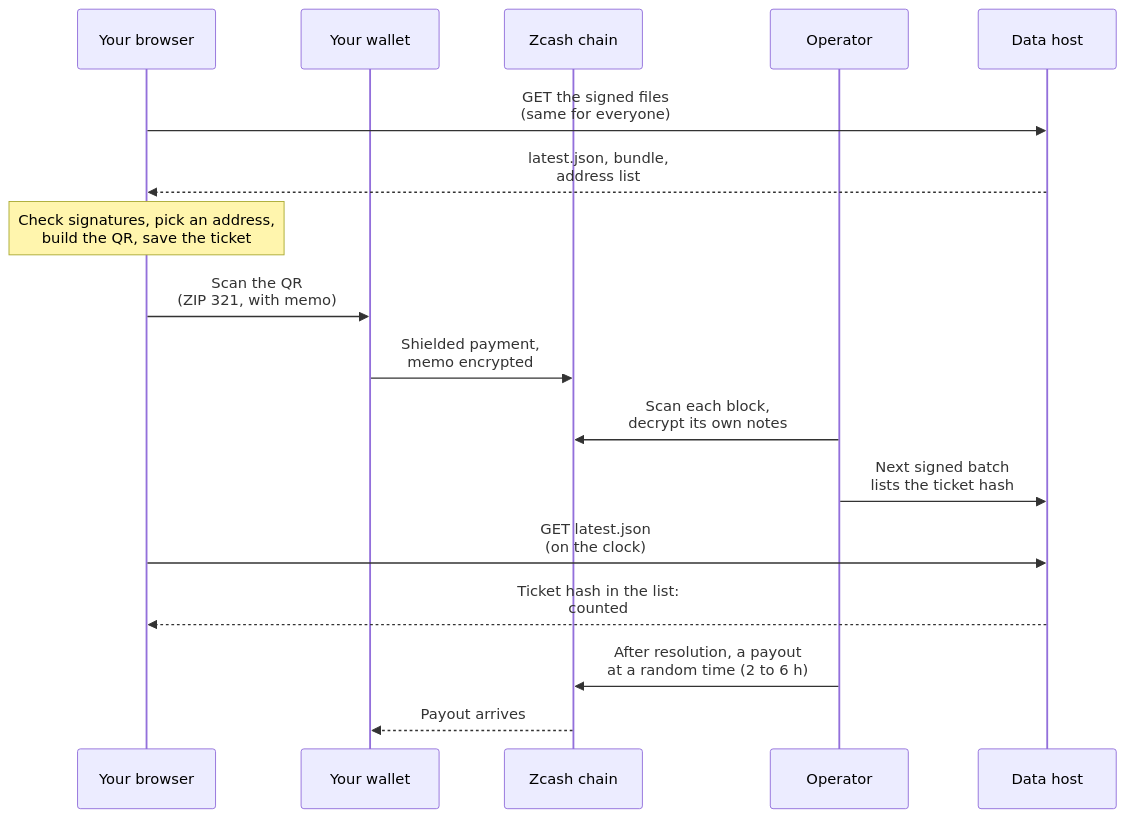
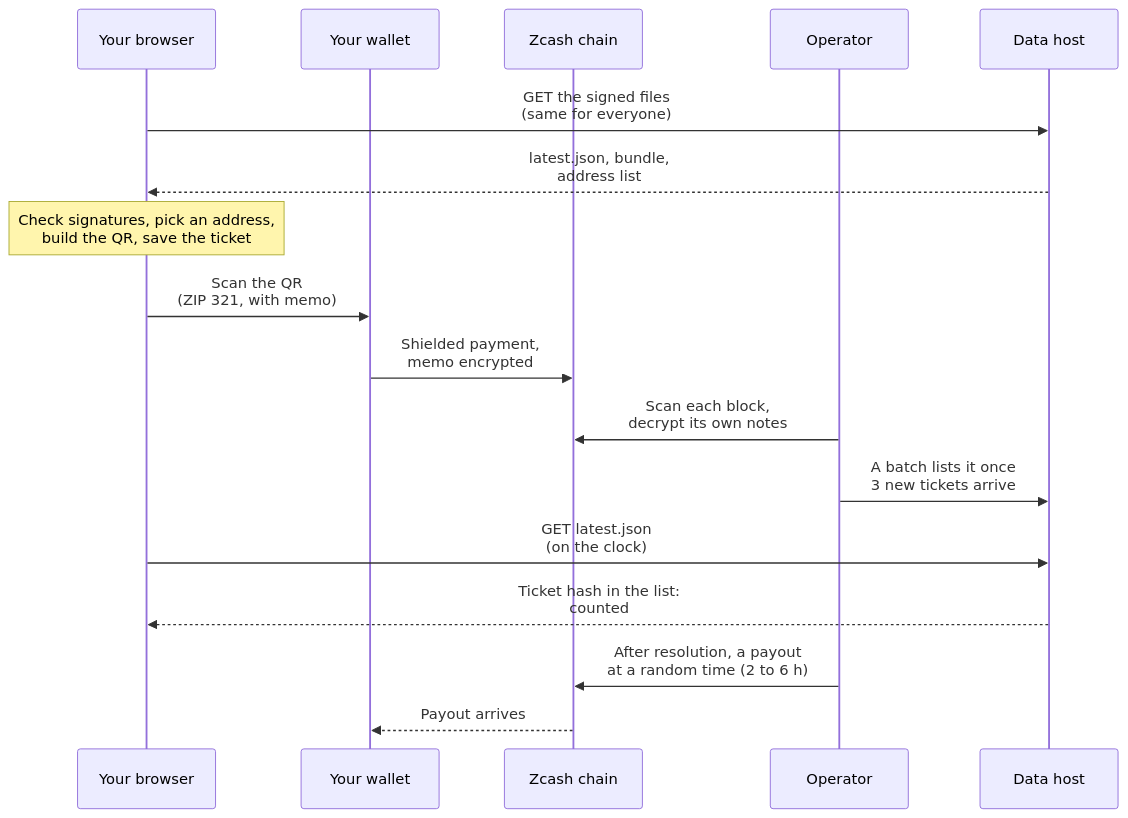
The first of 4 diagrams in apps/docs/content/docs/system-maps.mdx (Blockchain-Oracle/kakure), drawn with Mermaid before and after one commit. The commit also changed other lines of this file and 117 other files, not shown here.

````diff
--- a/apps/docs/content/docs/system-maps.mdx
+++ b/apps/docs/content/docs/system-maps.mdx
@@ -11,19 +11,19 @@
 ```mermaid
 sequenceDiagram
   participant You as Your browser
   participant Wallet as Your wallet
   participant Chain as Zcash chain
   participant Op as Operator
   participant Host as Data host
   You->>Host: GET the signed files<br/>(same for everyone)
   Host-->>You: latest.json, bundle,<br/>address list
   Note over You: Check signatures, pick an address,<br/>build the QR, save the ticket
   You->>Wallet: Scan the QR<br/>(ZIP 321, with memo)
   Wallet->>Chain: Shielded payment,<br/>memo encrypted
   Op->>Chain: Scan each block,<br/>decrypt its own notes
-  Op->>Host: Next signed batch<br/>lists the ticket hash
+  Op->>Host: A batch lists it once<br/>3 new tickets arrive
   You->>Host: GET latest.json<br/>(on the clock)
   Host-->>You: Ticket hash in the list:<br/>counted
   Op->>Chain: After resolution, a payout<br/>at a random time (2 to 6 h)
   Chain-->>Wallet: Payout arrives
 ```
````
